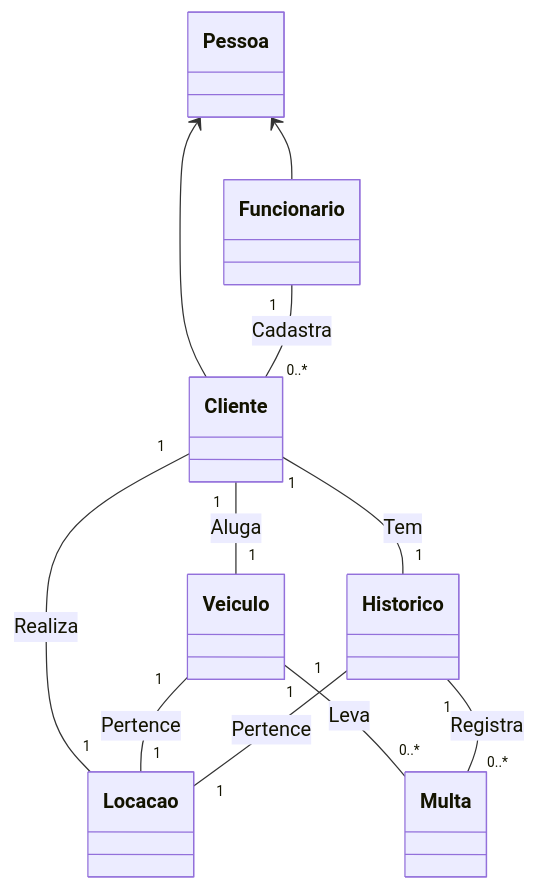
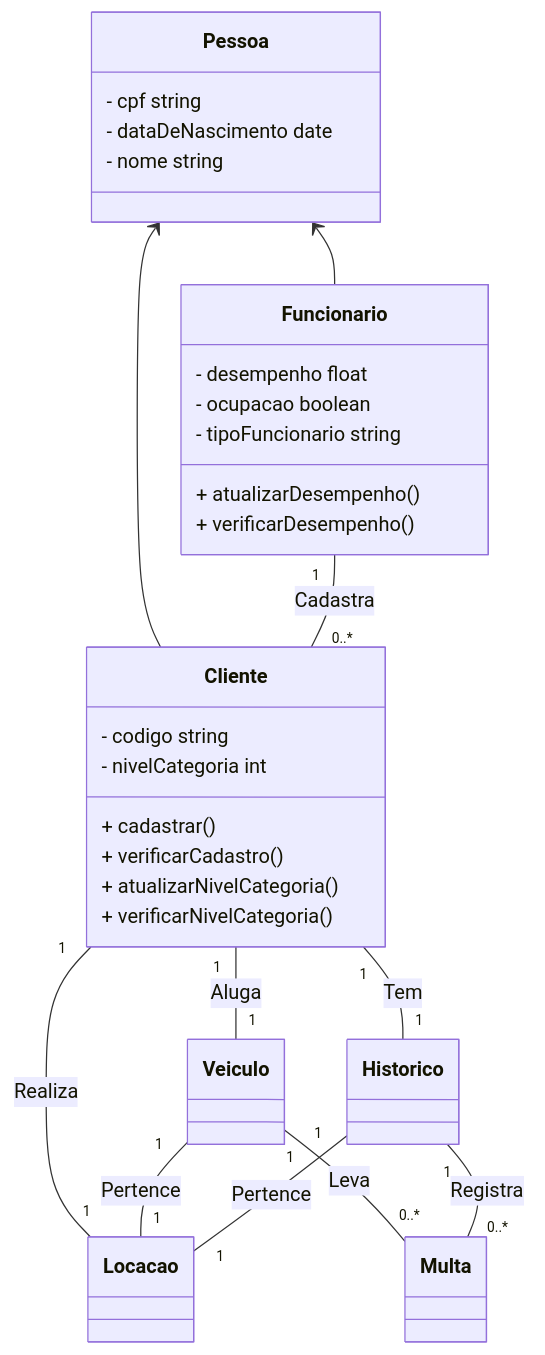
Before and after one commit to iagorosa28/mod_software: the second of 2 diagrams in README.md, drawn with Mermaid.

````diff
--- a/README.md
+++ b/README.md
@@ -153,13 +153,36 @@
 ```mermaid
 classDiagram
   Pessoa <-- Cliente
   Pessoa <-- Funcionario
   Funcionario "1" -- "0..*" Cliente : Cadastra
   Cliente "1" -- "1" Locacao : Realiza
   Cliente "1" -- "1" Veiculo : Aluga
   Cliente "1" -- "1" Historico : Tem
   Veiculo "1" -- "1" Locacao : Pertence
   Historico "1" -- "1" Locacao : Pertence
   Veiculo "1" -- "0..*" Multa : Leva
   Historico "1" -- "0..*" Multa : Registra
+
+  class Pessoa{
+  - cpf string
+  - dataDeNascimento date
+  - nome string
+  }
+
+  class Cliente{
+  - codigo string
+  - nivelCategoria int
+  + cadastrar()
+  + verificarCadastro()
+  + atualizarNivelCategoria()
+  + verificarNivelCategoria()
+  }
+
+  class Funcionario{
+  - desempenho float
+  - ocupacao boolean
+  - tipoFuncionario string
+  + atualizarDesempenho()
+  + verificarDesempenho()
+  }
 ```
````
